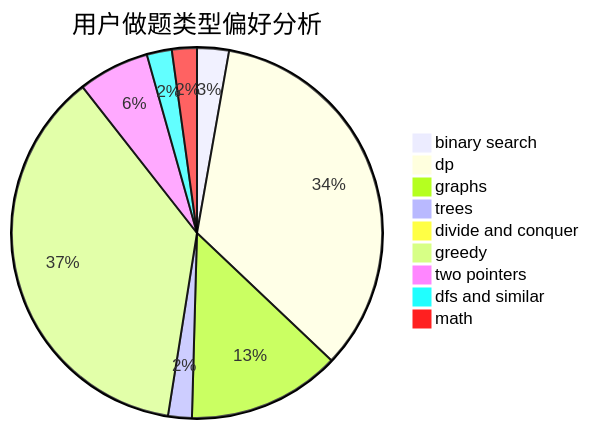
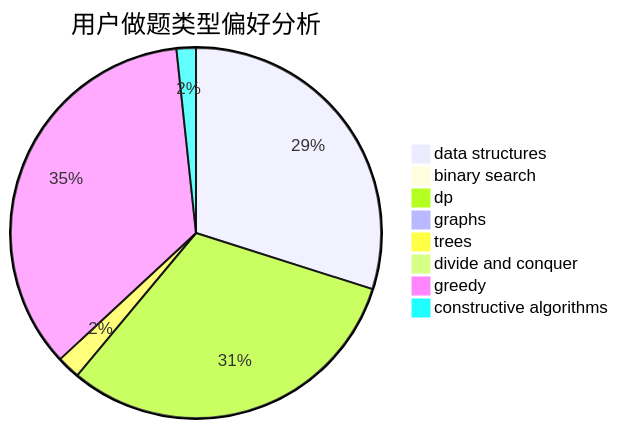
The second of 3 diagrams in docs/user/u868.md (sherpahu/cfrs.github.io), drawn with Mermaid before and after one commit. The commit also changed other lines of this file and 2775 other files, not shown here.

````diff
--- a/docs/user/u868.md
+++ b/docs/user/u868.md
@@ -23,12 +23,11 @@
 ```mermaid
 pie title 用户做题类型偏好分析
-    "binary search" :  51
-    "dp" :  629
-    "graphs" :  245
-    "trees" :  38
-    "divide and conquer" :  16
-    "greedy" :  677
-    "two pointers" :  114
-    "dfs and similar" :  40
-    "math" :  40
+    "data structures" :  354
+    "binary search" :  12
+    "dp" :  369
+    "graphs" :  6
+    "trees" :  24
+    "divide and conquer" :  3
+    "greedy" :  417
+    "constructive algorithms" :  20
 ```
````
